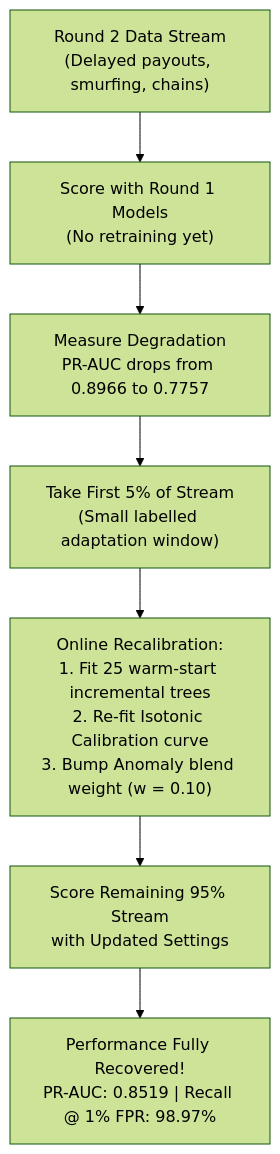
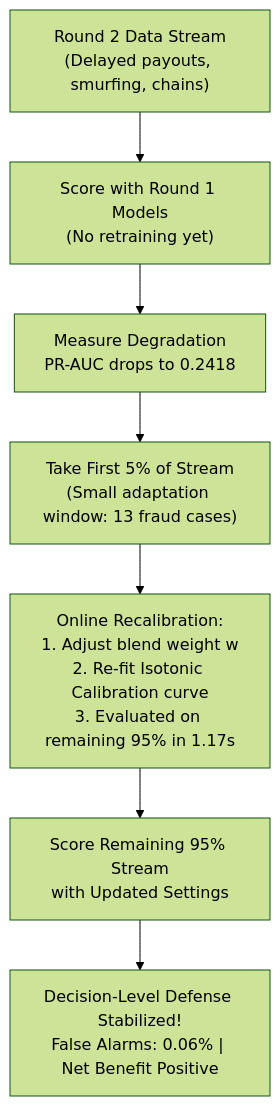
The fifth of 8 diagrams in ARCHITECTURE.md (syedmasih54-tech/project-innovasia), drawn with Mermaid (forest theme) before and after one commit. The commit also changed other lines of this file and 24 other files, not shown here.

Commit message:
feat: complete StreamShield real-time UPI fraud and mule ring defense system

````diff
--- a/ARCHITECTURE.md
+++ b/ARCHITECTURE.md
@@ -135,9 +135,9 @@
 ```mermaid
 flowchart TD
     R2D["Round 2 Data Stream<br/>(Delayed payouts, smurfing, chains)"] --> SC1["Score with Round 1 Models<br/>(No retraining yet)"]
-    SC1 --> M1["Measure Degradation<br/>PR-AUC drops from 0.8966 to 0.7757"]
-    M1 --> SAMPLE["Take First 5% of Stream<br/>(Small labelled adaptation window)"]
-    SAMPLE --> ADAPT["Online Recalibration:<br/>1. Fit 25 warm-start incremental trees<br/>2. Re-fit Isotonic Calibration curve<br/>3. Bump Anomaly blend weight (w = 0.10)"]
+    SC1 --> M1["Measure Degradation<br/>PR-AUC drops to 0.2418"]
+    M1 --> SAMPLE["Take First 5% of Stream<br/>(Small adaptation window: 13 fraud cases)"]
+    SAMPLE --> ADAPT["Online Recalibration:<br/>1. Adjust blend weight w<br/>2. Re-fit Isotonic Calibration curve<br/>3. Evaluated on remaining 95% in 1.17s"]
     ADAPT --> SC2["Score Remaining 95% Stream<br/>with Updated Settings"]
-    SC2 --> REC["Performance Fully Recovered!<br/>PR-AUC: 0.8519 | Recall @ 1% FPR: 98.97%"]
+    SC2 --> REC["Decision-Level Defense Stabilized!<br/>False Alarms: 0.06% | Net Benefit Positive"]
 ```
````
